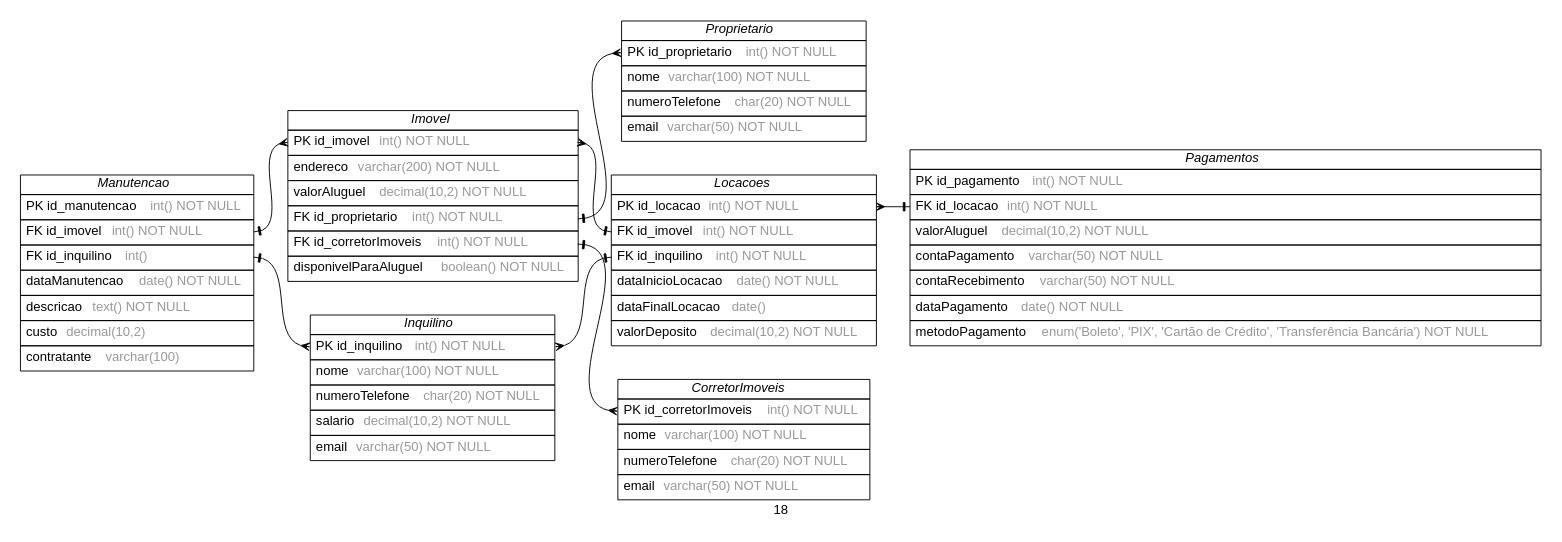
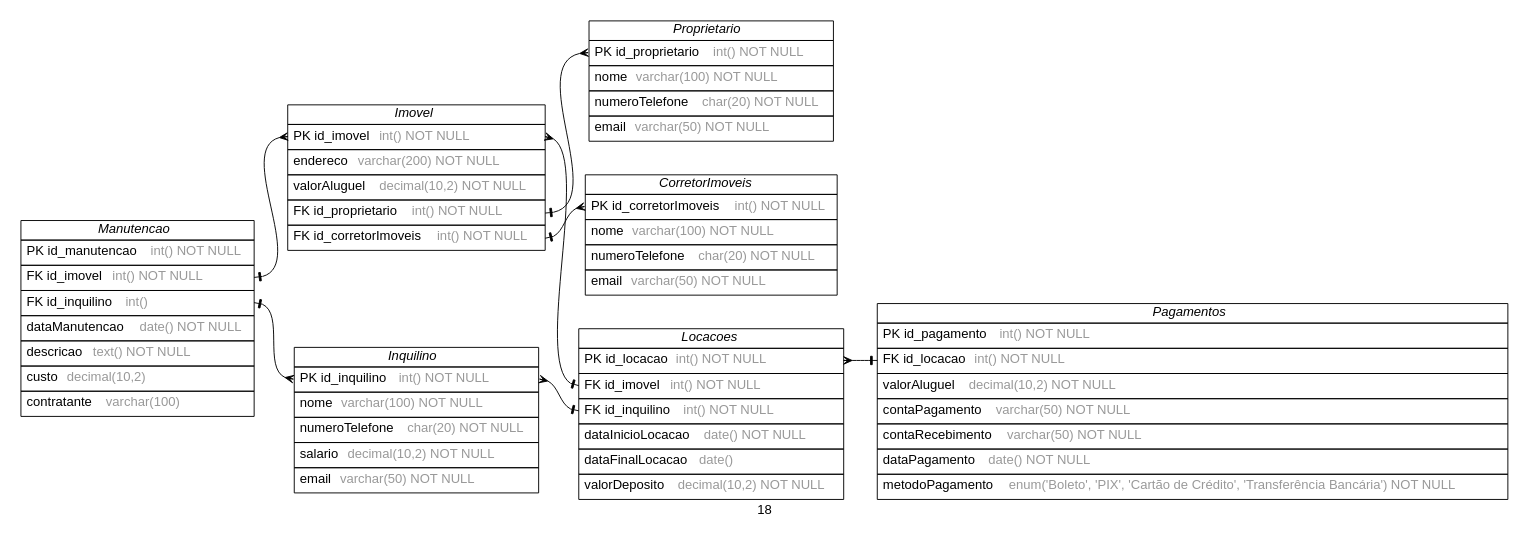
Before and after one commit to juliaokmenezes/TXT-to-ERD: the diagram in avaliacao/dot-json/18.dot, drawn with Graphviz. The commit also changed 12 other files, not shown here.

```diff
--- a/avaliacao/dot-json/18.dot
+++ b/avaliacao/dot-json/18.dot
@@ -1,146 +1,145 @@
 /* created with ERDot < https://github.com/ehne/ERDot > */
 digraph G {
     graph [
         nodesep=0.5;
         rankdir="LR";
         concentrate=true;
         splines="spline";
         fontname="Helvetica";
         pad="0.2,0.2",
         label="18",
         
     ];
     
     node [shape=plain, fontname="Helvetica"];
     edge [
         dir=both,
         fontsize=12,
         arrowsize=0.9,
         penwidth=1.0,
         labelangle=32,
         labeldistance=1.8,
         fontname="Helvetica"
     ];
     
     "CorretorImoveis" [ label=<
         <table border="0" cellborder="1" cellspacing="0" >
         <tr><td><i>CorretorImoveis</i></td></tr>
         <tr><td port="id_corretorImoveis" align="left" cellpadding="5">PK id_corretorImoveis <font color="grey60">int() NOT NULL</font></td></tr>
         <tr><td port="nome" align="left" cellpadding="5">nome <font color="grey60">varchar(100) NOT NULL</font></td></tr>
         <tr><td port="numeroTelefone" align="left" cellpadding="5">numeroTelefone <font color="grey60">char(20) NOT NULL</font></td></tr>
         <tr><td port="email" align="left" cellpadding="5">email <font color="grey60">varchar(50) NOT NULL</font></td></tr>
     </table>>];
     "Proprietario" [ label=<
         <table border="0" cellborder="1" cellspacing="0" >
         <tr><td><i>Proprietario</i></td></tr>
         <tr><td port="id_proprietario" align="left" cellpadding="5">PK id_proprietario <font color="grey60">int() NOT NULL</font></td></tr>
         <tr><td port="nome" align="left" cellpadding="5">nome <font color="grey60">varchar(100) NOT NULL</font></td></tr>
         <tr><td port="numeroTelefone" align="left" cellpadding="5">numeroTelefone <font color="grey60">char(20) NOT NULL</font></td></tr>
         <tr><td port="email" align="left" cellpadding="5">email <font color="grey60">varchar(50) NOT NULL</font></td></tr>
     </table>>];
     "Inquilino" [ label=<
         <table border="0" cellborder="1" cellspacing="0" >
         <tr><td><i>Inquilino</i></td></tr>
         <tr><td port="id_inquilino" align="left" cellpadding="5">PK id_inquilino <font color="grey60">int() NOT NULL</font></td></tr>
         <tr><td port="nome" align="left" cellpadding="5">nome <font color="grey60">varchar(100) NOT NULL</font></td></tr>
         <tr><td port="numeroTelefone" align="left" cellpadding="5">numeroTelefone <font color="grey60">char(20) NOT NULL</font></td></tr>
         <tr><td port="salario" align="left" cellpadding="5">salario <font color="grey60">decimal(10,2) NOT NULL</font></td></tr>
         <tr><td port="email" align="left" cellpadding="5">email <font color="grey60">varchar(50) NOT NULL</font></td></tr>
     </table>>];
     "Imovel" [ label=<
         <table border="0" cellborder="1" cellspacing="0" >
         <tr><td><i>Imovel</i></td></tr>
         <tr><td port="id_imovel" align="left" cellpadding="5">PK id_imovel <font color="grey60">int() NOT NULL</font></td></tr>
         <tr><td port="endereco" align="left" cellpadding="5">endereco <font color="grey60">varchar(200) NOT NULL</font></td></tr>
         <tr><td port="valorAluguel" align="left" cellpadding="5">valorAluguel <font color="grey60">decimal(10,2) NOT NULL</font></td></tr>
         <tr><td port="id_proprietario" align="left" cellpadding="5">FK id_proprietario <font color="grey60">int() NOT NULL</font></td></tr>
         <tr><td port="id_corretorImoveis" align="left" cellpadding="5">FK id_corretorImoveis <font color="grey60">int() NOT NULL</font></td></tr>
-        <tr><td port="disponivelParaAluguel" align="left" cellpadding="5">disponivelParaAluguel <font color="grey60">boolean() NOT NULL</font></td></tr>
     </table>>];
     "Locacoes" [ label=<
         <table border="0" cellborder="1" cellspacing="0" >
         <tr><td><i>Locacoes</i></td></tr>
         <tr><td port="id_locacao" align="left" cellpadding="5">PK id_locacao <font color="grey60">int() NOT NULL</font></td></tr>
         <tr><td port="id_imovel" align="left" cellpadding="5">FK id_imovel <font color="grey60">int() NOT NULL</font></td></tr>
         <tr><td port="id_inquilino" align="left" cellpadding="5">FK id_inquilino <font color="grey60">int() NOT NULL</font></td></tr>
         <tr><td port="dataInicioLocacao" align="left" cellpadding="5">dataInicioLocacao <font color="grey60">date() NOT NULL</font></td></tr>
         <tr><td port="dataFinalLocacao" align="left" cellpadding="5">dataFinalLocacao <font color="grey60">date()</font></td></tr>
         <tr><td port="valorDeposito" align="left" cellpadding="5">valorDeposito <font color="grey60">decimal(10,2) NOT NULL</font></td></tr>
     </table>>];
     "Pagamentos" [ label=<
         <table border="0" cellborder="1" cellspacing="0" >
         <tr><td><i>Pagamentos</i></td></tr>
         <tr><td port="id_pagamento" align="left" cellpadding="5">PK id_pagamento <font color="grey60">int() NOT NULL</font></td></tr>
         <tr><td port="id_locacao" align="left" cellpadding="5">FK id_locacao <font color="grey60">int() NOT NULL</font></td></tr>
         <tr><td port="valorAluguel" align="left" cellpadding="5">valorAluguel <font color="grey60">decimal(10,2) NOT NULL</font></td></tr>
         <tr><td port="contaPagamento" align="left" cellpadding="5">contaPagamento <font color="grey60">varchar(50) NOT NULL</font></td></tr>
         <tr><td port="contaRecebimento" align="left" cellpadding="5">contaRecebimento <font color="grey60">varchar(50) NOT NULL</font></td></tr>
         <tr><td port="dataPagamento" align="left" cellpadding="5">dataPagamento <font color="grey60">date() NOT NULL</font></td></tr>
         <tr><td port="metodoPagamento" align="left" cellpadding="5">metodoPagamento <font color="grey60">enum(&#039;Boleto&#039;, &#039;PIX&#039;, &#039;Cartão de Crédito&#039;, &#039;Transferência Bancária&#039;) NOT NULL</font></td></tr>
     </table>>];
     "Manutencao" [ label=<
         <table border="0" cellborder="1" cellspacing="0" >
         <tr><td><i>Manutencao</i></td></tr>
         <tr><td port="id_manutencao" align="left" cellpadding="5">PK id_manutencao <font color="grey60">int() NOT NULL</font></td></tr>
         <tr><td port="id_imovel" align="left" cellpadding="5">FK id_imovel <font color="grey60">int() NOT NULL</font></td></tr>
         <tr><td port="id_inquilino" align="left" cellpadding="5">FK id_inquilino <font color="grey60">int()</font></td></tr>
         <tr><td port="dataManutencao" align="left" cellpadding="5">dataManutencao <font color="grey60">date() NOT NULL</font></td></tr>
         <tr><td port="descricao" align="left" cellpadding="5">descricao <font color="grey60">text() NOT NULL</font></td></tr>
         <tr><td port="custo" align="left" cellpadding="5">custo <font color="grey60">decimal(10,2)</font></td></tr>
         <tr><td port="contratante" align="left" cellpadding="5">contratante <font color="grey60">varchar(100)</font></td></tr>
     </table>>];
 
     
     "Imovel":"id_corretorImoveis"->"CorretorImoveis":"id_corretorImoveis" [
         arrowhead=ocrow,
 
         arrowtail=noneotee,
     ];
 
     
     "Imovel":"id_proprietario"->"Proprietario":"id_proprietario" [
         arrowhead=ocrow,
 
         arrowtail=noneotee,
     ];
 
     
     "Imovel":"id_imovel"->"Locacoes":"id_imovel" [
         arrowhead=noneotee,
 
         arrowtail=ocrow,
     ];
 
     
     "Inquilino":"id_inquilino"->"Locacoes":"id_inquilino" [
         arrowhead=noneotee,
 
         arrowtail=ocrow,
     ];
 
     
     "Locacoes":"id_locacao"->"Pagamentos":"id_locacao" [
         arrowhead=noneotee,
 
         arrowtail=ocrow,
     ];
 
     
     "Manutencao":"id_imovel"->"Imovel":"id_imovel" [
         arrowhead=ocrow,
 
         arrowtail=noneotee,
     ];
 
     
     "Manutencao":"id_inquilino"->"Inquilino":"id_inquilino" [
         arrowhead=ocrow,
 
         arrowtail=noneotee,
     ];
 
 
 
     
 
 }
```
